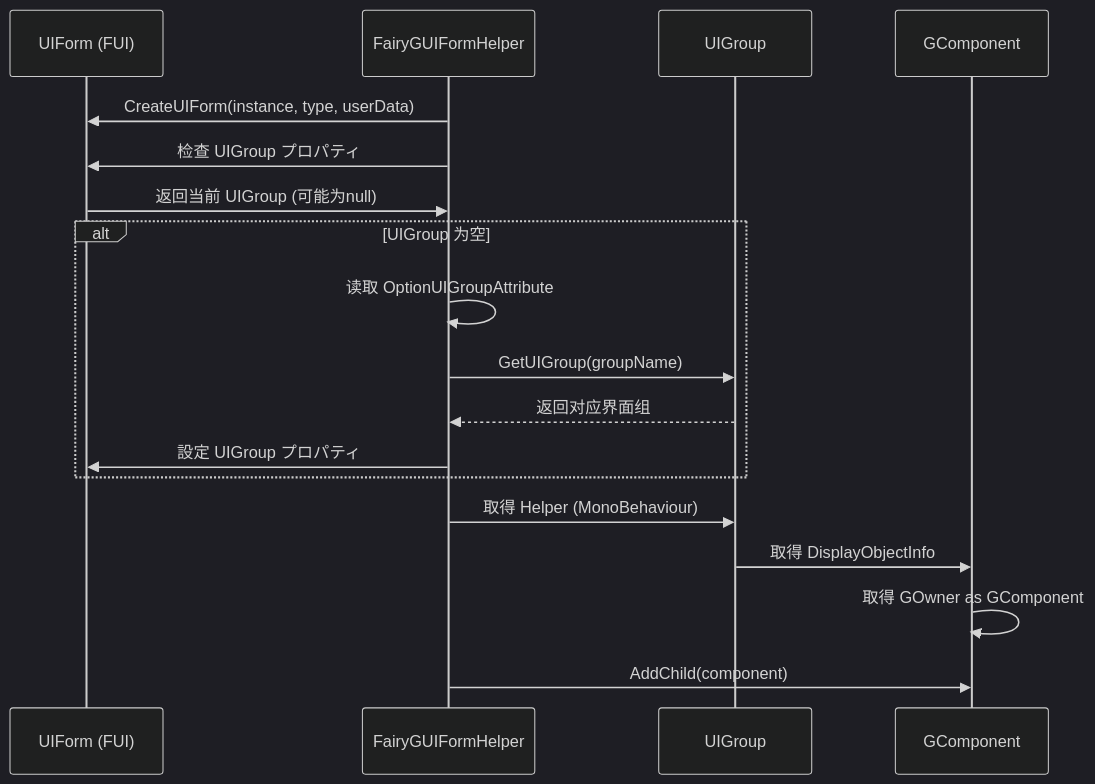
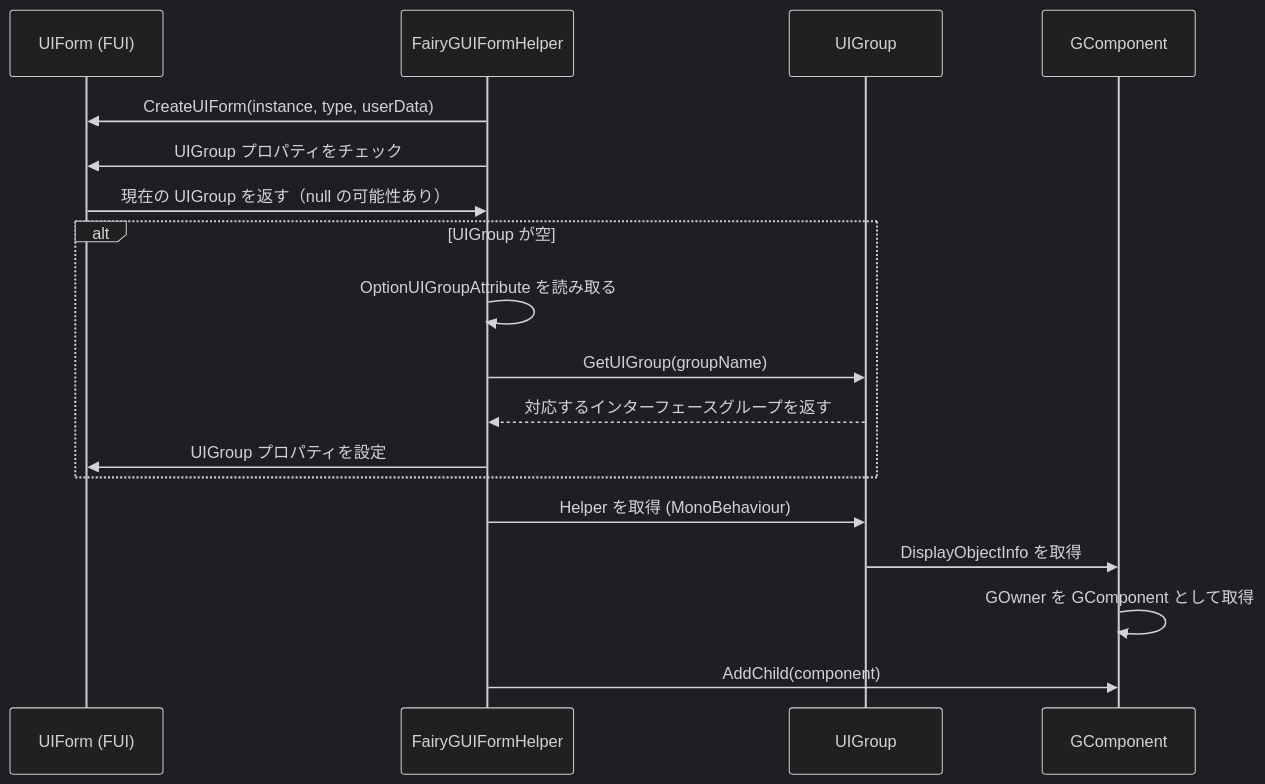
Before and after one commit to AlianBlank/GameFrameX.Docs: the third of 3 diagrams in docs/ja/client/unity/component/ui-fairygui/13.ui-group-config.md, drawn with Mermaid (dark theme). The commit also changed other lines of this file and 320 other files, not shown here.

````diff
--- a/docs/ja/client/unity/component/ui-fairygui/13.ui-group-config.md
+++ b/docs/ja/client/unity/component/ui-fairygui/13.ui-group-config.md
@@ -77,23 +77,23 @@
 ```mermaid
 sequenceDiagram
     participant UF as UIForm (FUI)
     participant FH as FairyGUIFormHelper
     participant UG as UIGroup
     participant GC as GComponent
 
     FH->>UF: CreateUIForm(instance, type, userData)
-    FH->>UF: 检查 UIGroup プロパティ
-    UF->>FH: 返回当前 UIGroup (可能为null)
-    
-    alt UIGroup 为空
-        FH->>FH: 读取 OptionUIGroupAttribute
+    FH->>UF: UIGroup プロパティをチェック
+    UF->>FH: 現在の UIGroup を返す（null の可能性あり）
+
+    alt UIGroup が空
+        FH->>FH: OptionUIGroupAttribute を読み取る
         FH->>UG: GetUIGroup(groupName)
-        UG-->>FH: 返回对应界面组
-        FH->>UF: 設定 UIGroup プロパティ
+        UG-->>FH: 対応するインターフェースグループを返す
+        FH->>UF: UIGroup プロパティを設定
     end
-    
-    FH->>UG: 取得 Helper (MonoBehaviour)
-    UG->>GC: 取得 DisplayObjectInfo
-    GC->>GC: 取得 GOwner as GComponent
+
+    FH->>UG: Helper を取得 (MonoBehaviour)
+    UG->>GC: DisplayObjectInfo を取得
+    GC->>GC: GOwner を GComponent として取得
     FH->>GC: AddChild(component)
 ```
````
